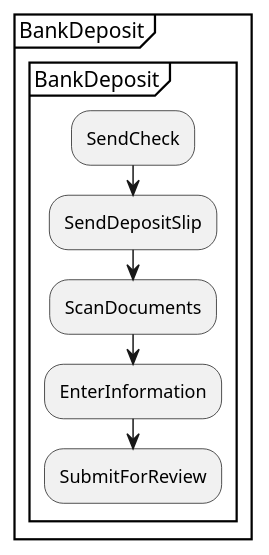
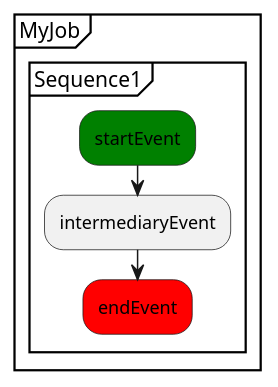
Before and after one commit to xtuml/munin: the diagram in models/SequenceVerificationDataCentric/puml/HowTo3.puml, drawn with PlantUML. The commit also changed 3 other files, not shown here.

Commit message:
Diagrams for PLUS HowTo

```diff
--- a/models/SequenceVerificationDataCentric/puml/HowTo3.puml
+++ b/models/SequenceVerificationDataCentric/puml/HowTo3.puml
@@ -7,11 +7,9 @@
 @startuml 
-partition "BankDeposit" {
-  group "BankDeposit"
-      :SendCheck;
-      :SendDepositSlip;
-      :ScanDocuments;
-      :EnterInformation;
-      :SubmitForReview;
+partition "MyJob" {
+  group Sequence1
+    #green:startEvent;
+    :intermediaryEvent;
+    #red:endEvent;
   end group
 }
 @enduml
```
